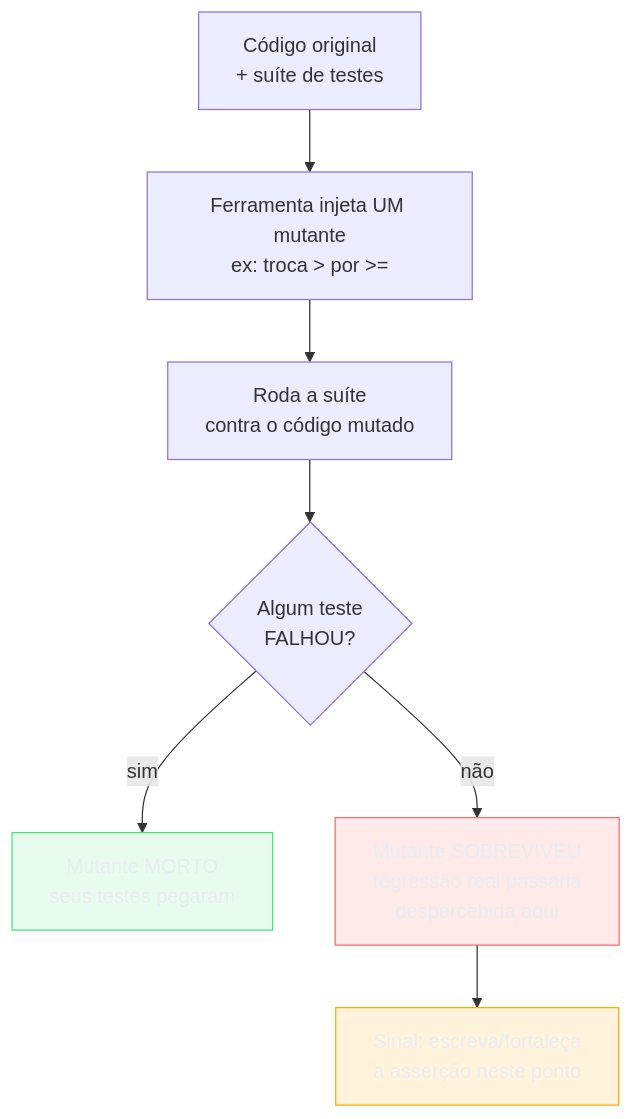
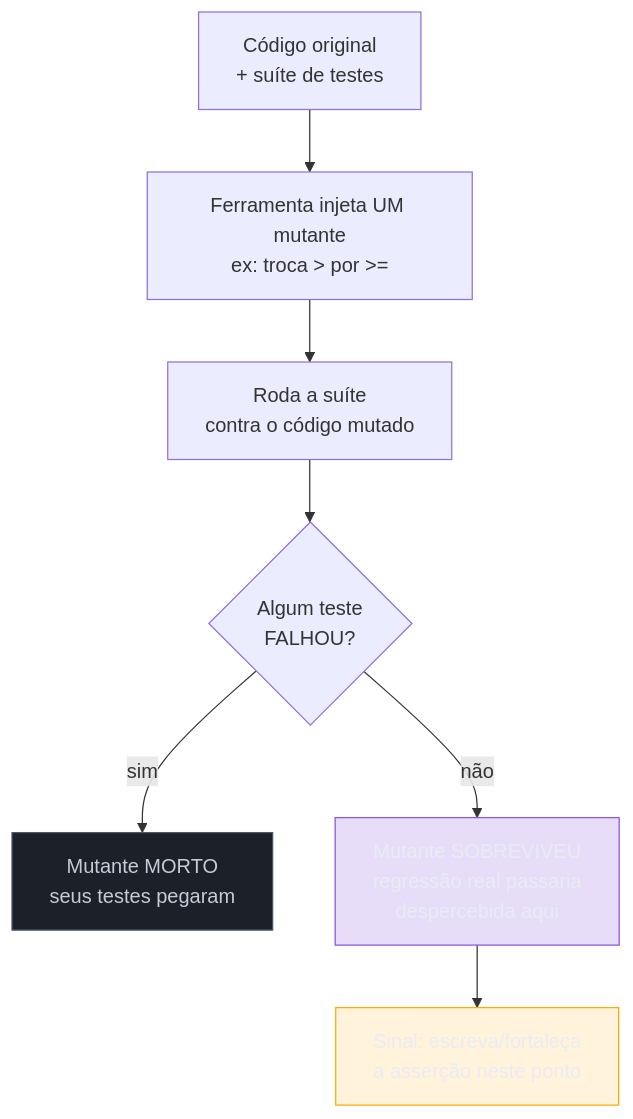
One commit to josenaldo/codex-technomanticus changed the fourth of 6 diagrams in 03-Dominios/Engenharia/Testes/12 - Coverage e mutation testing.md. Above: the diagram before and after it, drawn with Mermaid. The commit also changed other lines of this file and 601 other files, not shown here.

````diff
--- a/03-Dominios/Engenharia/Testes/12 - Coverage e mutation testing.md
+++ b/03-Dominios/Engenharia/Testes/12 - Coverage e mutation testing.md
@@ -196,16 +196,16 @@
 ```mermaid
 flowchart TD
-    classDef ok fill:#4ADE8021,stroke:#4ADE80,color:#E9ECF2
-    classDef falha fill:#FF6B6B24,stroke:#FF6B6B,color:#E9ECF2
+    classDef marca fill:#8855DF33,stroke:#8855DF,color:#E9ECF2
+    classDef neutro fill:#1B2029,stroke:#4E5666,color:#C6CCD8
     classDef destaque fill:#FFAA0024,stroke:#FFAA00,color:#E9ECF2
     A["Código original<br/>+ suíte de testes"] --> B["Ferramenta injeta UM mutante<br/>ex: troca > por >="]
     B --> C["Roda a suíte<br/>contra o código mutado"]
     C --> D{"Algum teste<br/>FALHOU?"}
     D -->|"sim"| E["Mutante MORTO<br/>seus testes pegaram"]
     D -->|"não"| F["Mutante SOBREVIVEU<br/>regressão real passaria<br/>despercebida aqui"]
     F --> G["Sinal: escreva/fortaleça<br/>a asserção neste ponto"]
 
-    class E ok
-    class F falha
+    class E neutro
+    class F marca
     class G destaque
 ```
````
